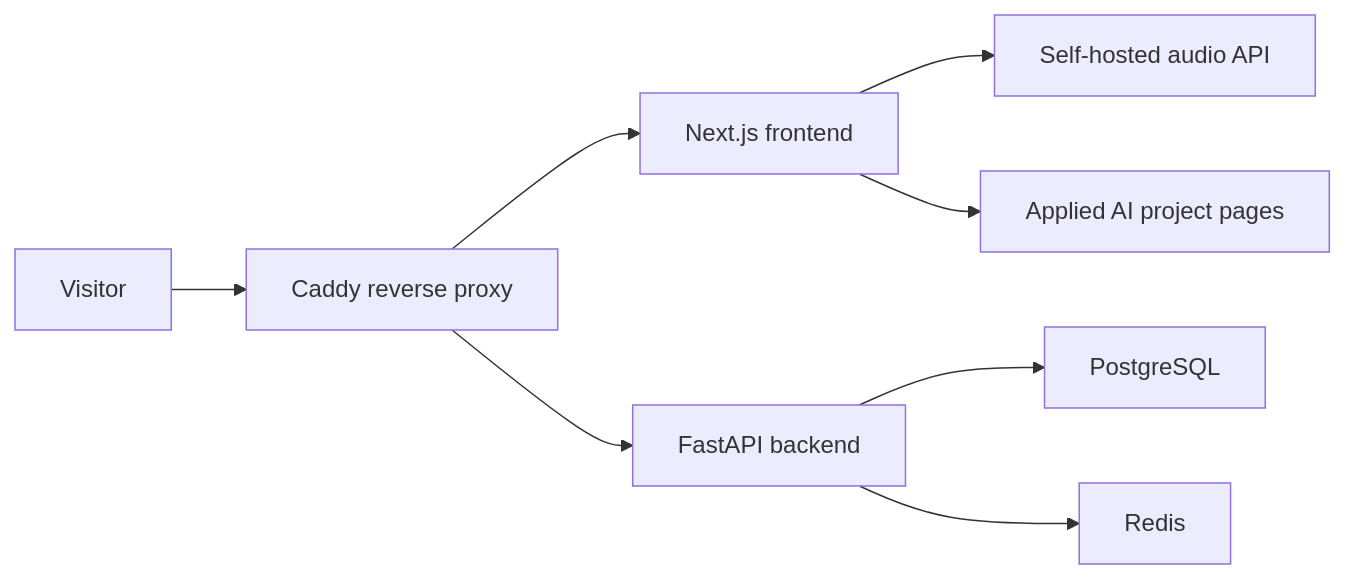
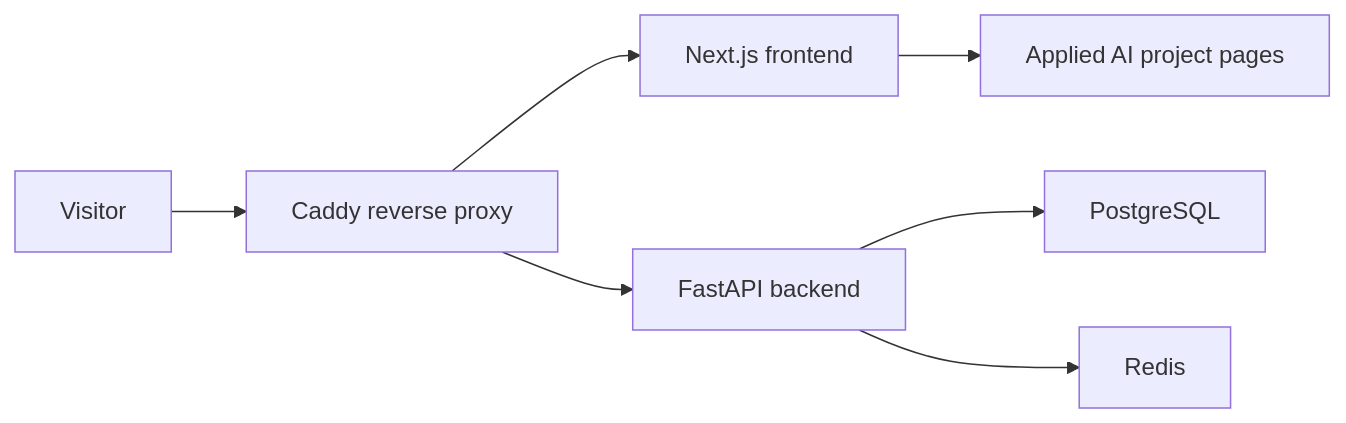
One commit to ZIFeIYUuuuuuu/selfsite changed the diagram in README.md. Above: the diagram before and after it, drawn with Mermaid. The commit also changed 24 other files, not shown here.

````diff
--- a/README.md
+++ b/README.md
@@ -9,10 +9,9 @@
 ```mermaid
 flowchart LR
   Visitor["Visitor"] --> Caddy["Caddy reverse proxy"]
   Caddy --> Frontend["Next.js frontend"]
   Caddy --> Backend["FastAPI backend"]
   Backend --> Postgres["PostgreSQL"]
   Backend --> Redis["Redis"]
-  Frontend --> Audio["Self-hosted audio API"]
   Frontend --> Projects["Applied AI project pages"]
 ```
````
